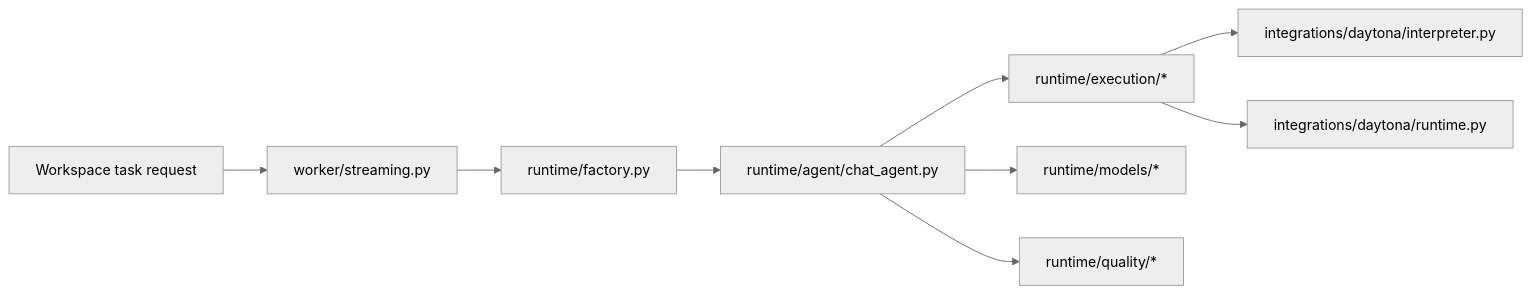
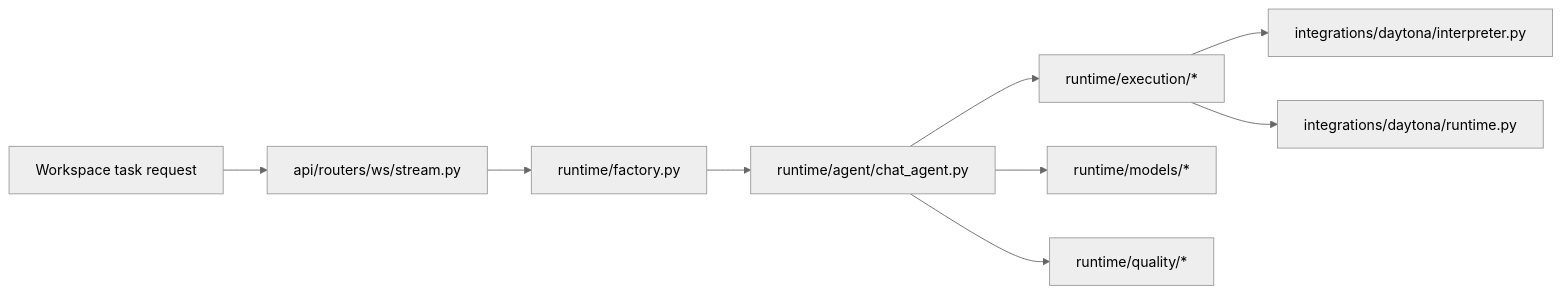
Before and after one commit to Qredence/fleet-rlm: the second of 3 diagrams in docs/reference/module-map.md, drawn with Mermaid (neutral theme). The commit also changed other lines of this file and 8 other files, not shown here.

````diff
--- a/docs/reference/module-map.md
+++ b/docs/reference/module-map.md
@@ -37,11 +33,11 @@
 ```mermaid
 graph LR
-    REQUEST["Workspace task request"] --> WORKER["worker/streaming.py"]
-    WORKER --> AGENT["runtime/factory.py"]
+    REQUEST["Workspace task request"] --> STREAM["api/routers/ws/stream.py"]
+    STREAM --> AGENT["runtime/factory.py"]
     AGENT --> CHAT["runtime/agent/chat_agent.py"]
     CHAT --> EXEC["runtime/execution/*"]
     EXEC --> DAYTONA_INTERPRETER["integrations/daytona/interpreter.py"]
     EXEC --> DAYTONA_RUNTIME["integrations/daytona/runtime.py"]
     CHAT --> MODELS["runtime/models/*"]
     CHAT --> QUALITY["runtime/quality/*"]
 ```
````
